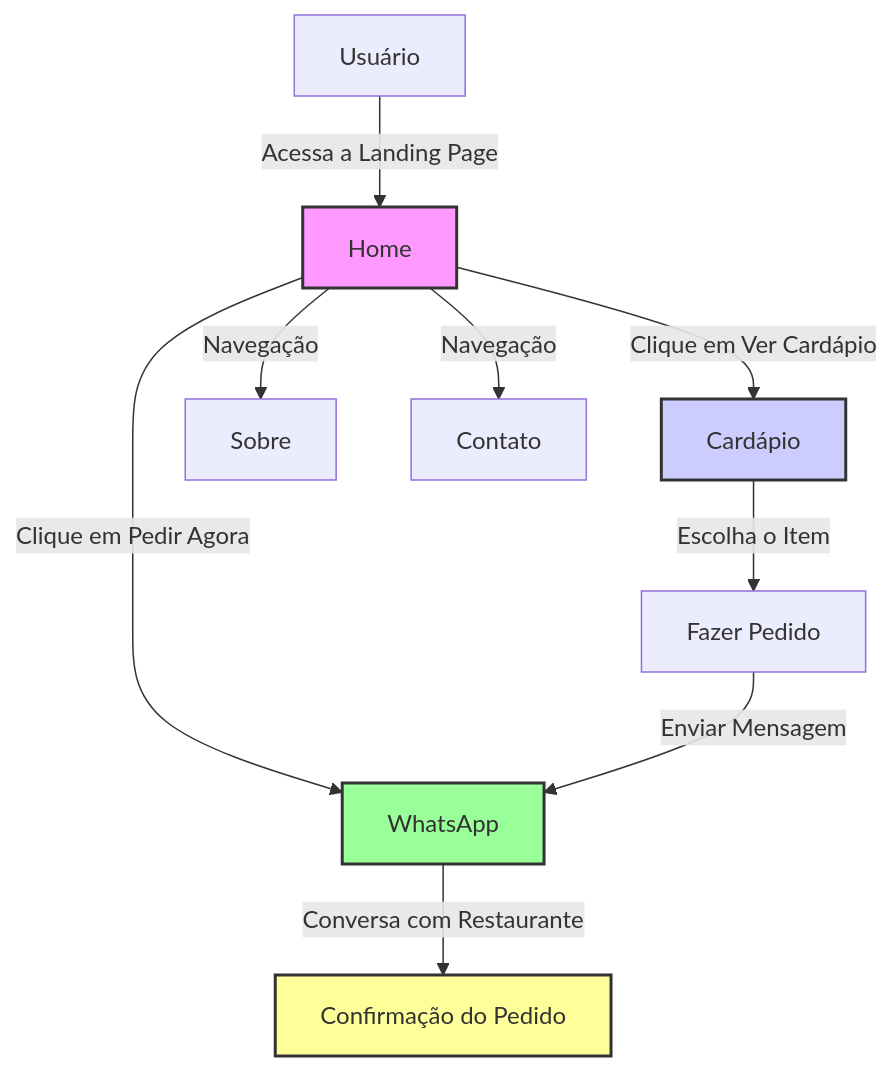
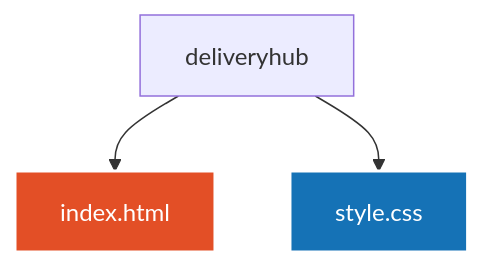
One commit to AliceSilva2012/deliveryhub changed the diagram in README.md. Above: the diagram before and after it, drawn with Mermaid.

Commit message:
add markdown

````diff
--- a/README.md
+++ b/README.md
@@ -87,16 +87,8 @@
 ```mermaid
 graph TD
-    A[Usuário] -->|Acessa a Landing Page| B[Home]
-    B -->|Clique em Ver Cardápio| C[Cardápio]
-    B -->|Clique em Pedir Agora| G[WhatsApp]
-    C -->|Escolha o Item| D[Fazer Pedido]
-    D -->|Enviar Mensagem| G
-    B -->|Navegação| E[Sobre]
-    B -->|Navegação| F[Contato]
-    G -->|Conversa com Restaurante| H[Confirmação do Pedido]
+    A[deliveryhub] --> B[index.html]
+    A --> C[style.css]
 
-    style B fill:#f9f,stroke:#333,stroke-width:2px
-    style C fill:#ccf,stroke:#333,stroke-width:2px
-    style G fill:#9f9,stroke:#333,stroke-width:2px
-    style H fill:#ff9,stroke:#333,stroke-width:2px
+    style B fill:#e34f26,stroke:#fff,stroke-width:2px,color:#fff
+    style C fill:#1572b6,stroke:#fff,stroke-width:2px,color:#fff
 ```
````
